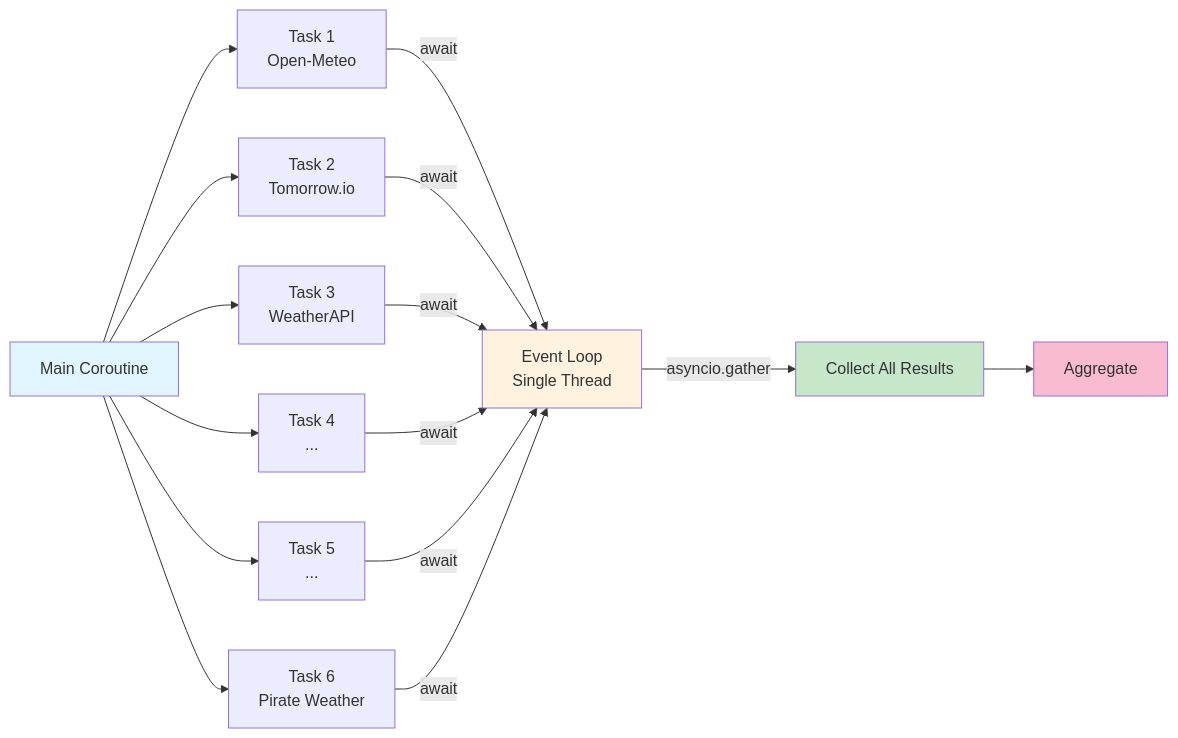
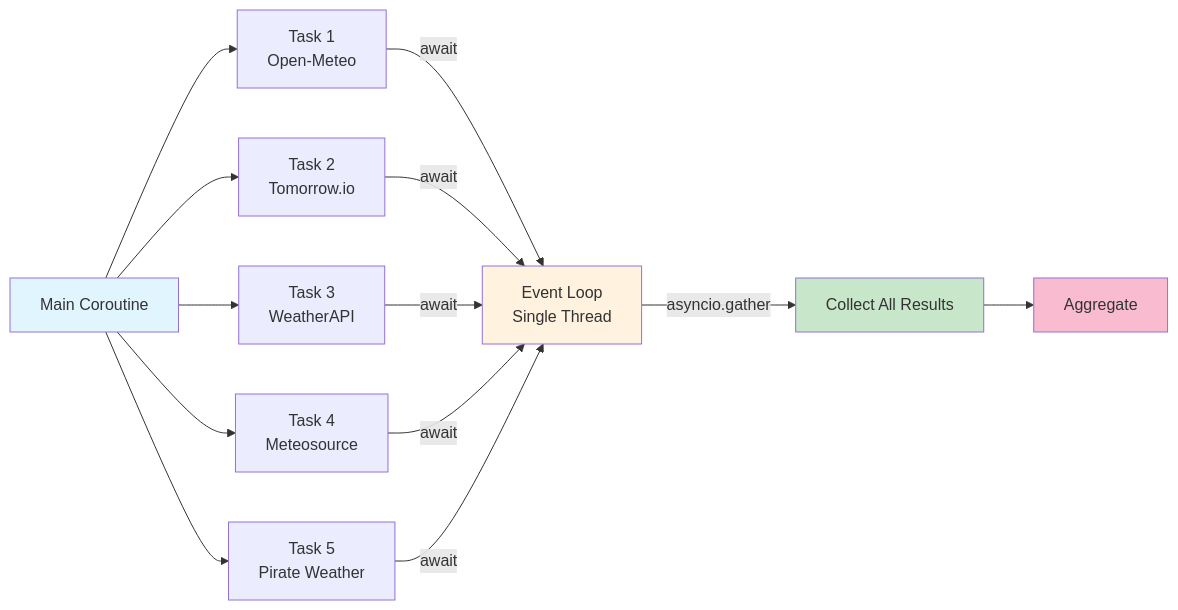
Before and after one commit to dustin2023/concepts-of-programming-languages-compared-with-go: the fourth of 4 diagrams in README.md, drawn with Mermaid. The commit also changed other lines of this file and 4 other files, not shown here.

````diff
--- a/README.md
+++ b/README.md
@@ -152,24 +260,22 @@
 ```mermaid
 graph LR
     Main[Main Coroutine] --> T1[Task 1<br/>Open-Meteo]
     Main --> T2[Task 2<br/>Tomorrow.io]
     Main --> T3[Task 3<br/>WeatherAPI]
-    Main --> T4[Task 4<br/>...]
-    Main --> T5[Task 5<br/>...]
-    Main --> T6[Task 6<br/>Pirate Weather]
+    Main --> T4[Task 4<br/>Meteosource]
+    Main --> T5[Task 5<br/>Pirate Weather]
     
     T1 -->|await| EL[Event Loop<br/>Single Thread]
     T2 -->|await| EL
     T3 -->|await| EL
     T4 -->|await| EL
     T5 -->|await| EL
-    T6 -->|await| EL
     
     EL -->|asyncio.gather| Collect[Collect All Results]
     Collect --> Agg[Aggregate]
     
     style Main fill:#e1f5ff
     style EL fill:#fff3e0
     style Collect fill:#c8e6c9
     style Agg fill:#f8bbd0
 ```
````
